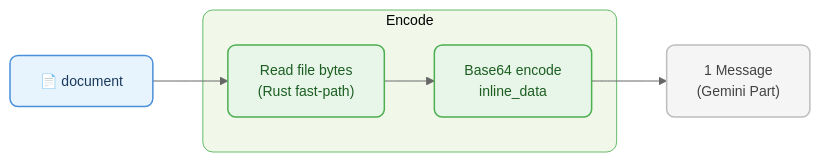
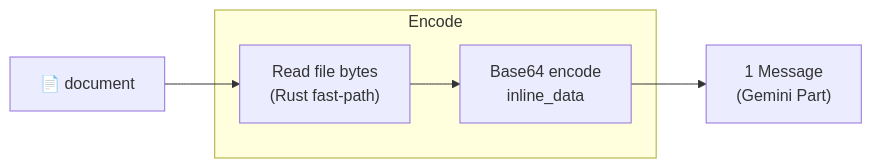
Before and after one commit to vlm-run/mm: diagram 16 of 17 in docs/ENCODERS.md, drawn with Mermaid. The commit also changed other lines of this file and 3 other files, not shown here.

````diff
--- a/docs/ENCODERS.md
+++ b/docs/ENCODERS.md
@@ -467,20 +361,13 @@
 ```mermaid
-%%{init: {'theme': 'base', 'themeVariables': { 'fontSize': '14px', 'primaryColor': '#e8f4fd', 'primaryBorderColor': '#4a90d9', 'lineColor': '#666'}}}%%
 graph LR
-  doc["📄 document"]:::input
+  doc["📄 document"]
 
   subgraph encode ["Encode"]
-    read["Read file bytes\n(Rust fast-path)"]:::encode
-    b64["Base64 encode\ninline_data"]:::encode
+    read["Read file bytes\n(Rust fast-path)"]
+    b64["Base64 encode\ninline_data"]
   end
 
-  msg["1 Message\n(Gemini Part)"]:::output
+  msg["1 Message\n(Gemini Part)"]
 
   doc --> read --> b64 --> msg
-
-  classDef input fill:#e8f4fd,stroke:#4a90d9,stroke-width:1.5px,color:#1a3a5c,rx:8
-  classDef encode fill:#e8f5e9,stroke:#4caf50,stroke-width:1.5px,color:#1b5e20,rx:8
-  classDef output fill:#f5f5f5,stroke:#bdbdbd,stroke-width:1.5px,color:#424242,rx:8
-
-  style encode fill:#f1f8e9,stroke:#66bb6a,stroke-width:1px,rx:10
 ```
````
